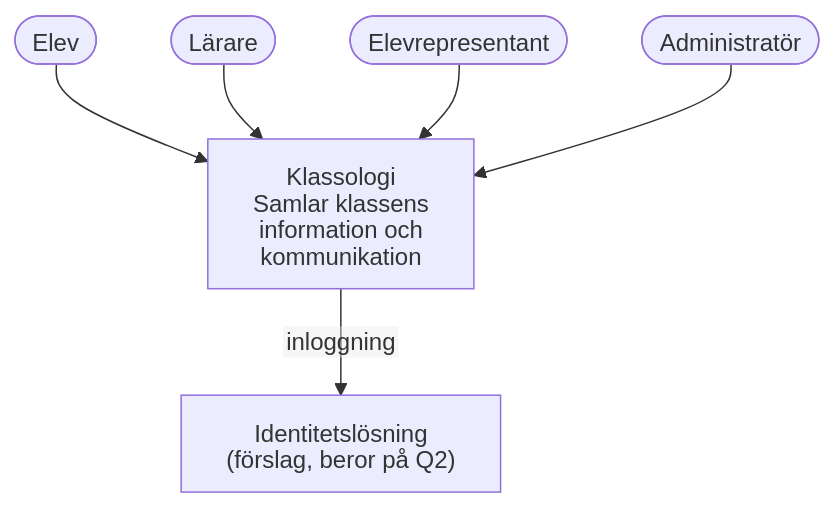
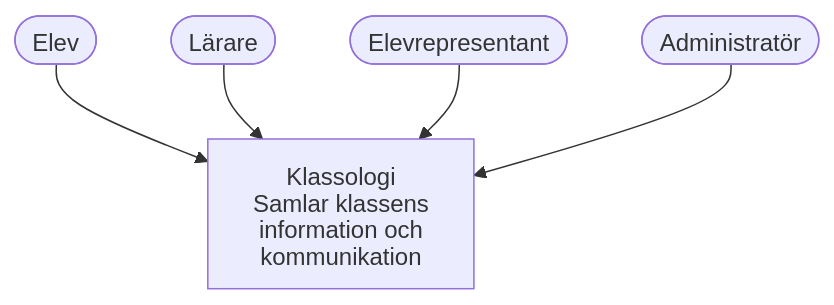
Before and after one commit to WeeHorse/Klassologi: the first of 3 diagrams in Specifications/Architecture.md, drawn with Mermaid. The commit also changed other lines of this file and 23 other files, not shown here.

````diff
--- a/Specifications/Architecture.md
+++ b/Specifications/Architecture.md
@@ -13,18 +13,16 @@
 ```mermaid
 %%{init: {"htmlLabels": false, "flowchart": {"htmlLabels": false}}}%%
 flowchart TB
     elev([Elev])
     larare([Lärare])
     rep([Elevrepresentant])
     admin([Administratör])
 
     klassologi["Klassologi<br/>Samlar klassens information och kommunikation"]
 
-    idp["Identitetslösning<br/>(förslag, beror på Q2)"]
 
     elev --> klassologi
     larare --> klassologi
     rep --> klassologi
     admin --> klassologi
-    klassologi -- inloggning --> idp
 ```
````
